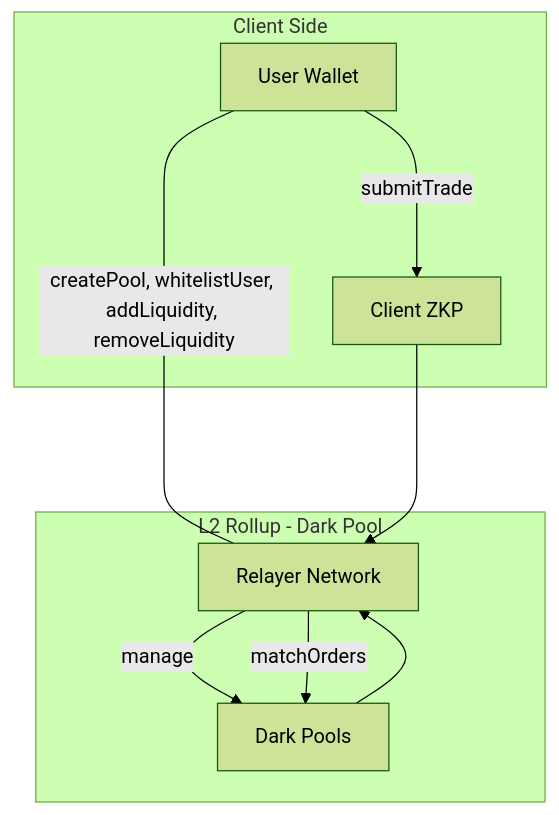
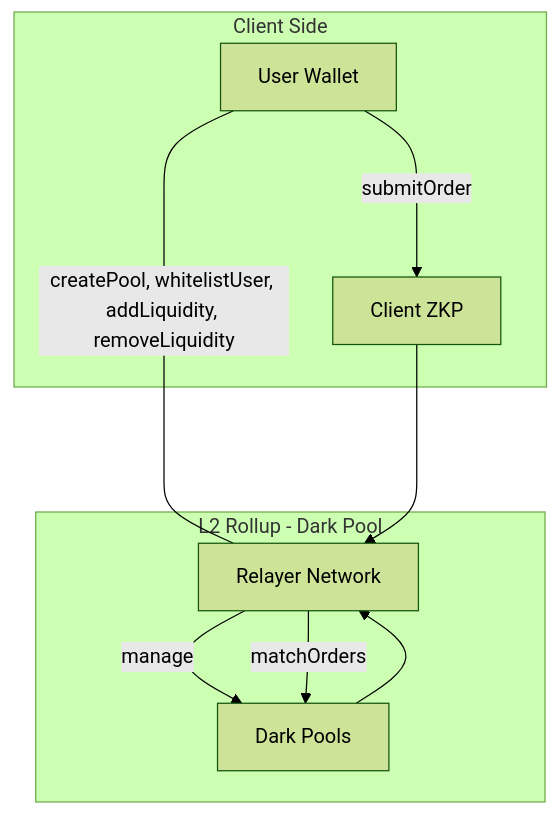
Before and after one commit to marcuspang/ethglobal-singapore: the diagram in README.md, drawn with Mermaid (forest theme). The commit also changed other lines of this file, not shown here.

````diff
--- a/README.md
+++ b/README.md
@@ -44,20 +46,20 @@
 ```mermaid
 graph TD
     subgraph L2_Rollup[L2 Rollup - Dark Pool]
         RN[Relayer Network]
         LP[Dark Pools]
     end
 
     subgraph Client[Client Side]
         UW[User Wallet]
         CZKP[Client ZKP]
     end
 
     RN -- manage --> LP
     RN -- matchOrders --> LP
     LP --> RN
 
     UW -- createPool, whitelistUser, addLiquidity, removeLiquidity --- RN
-    UW -- submitTrade ---> CZKP
+    UW -- submitOrder ---> CZKP
     CZKP ---> RN
 ```
````
